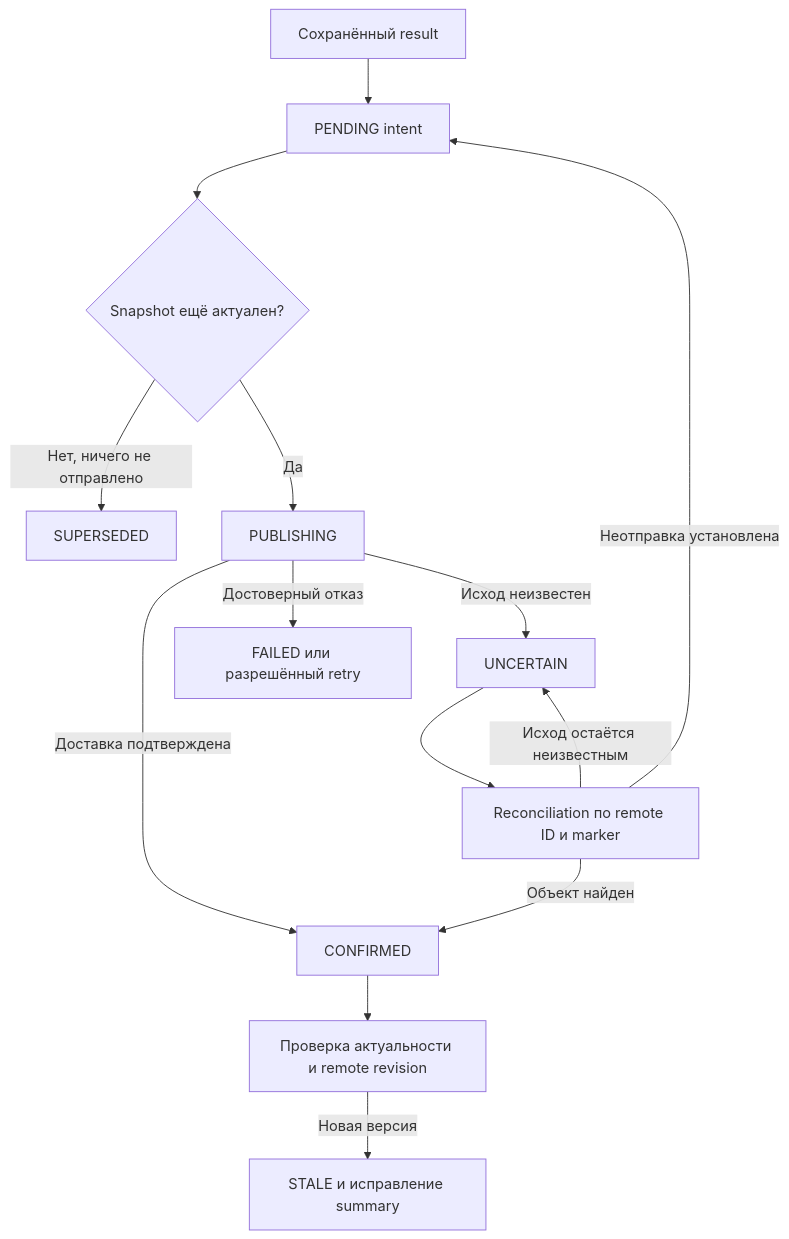
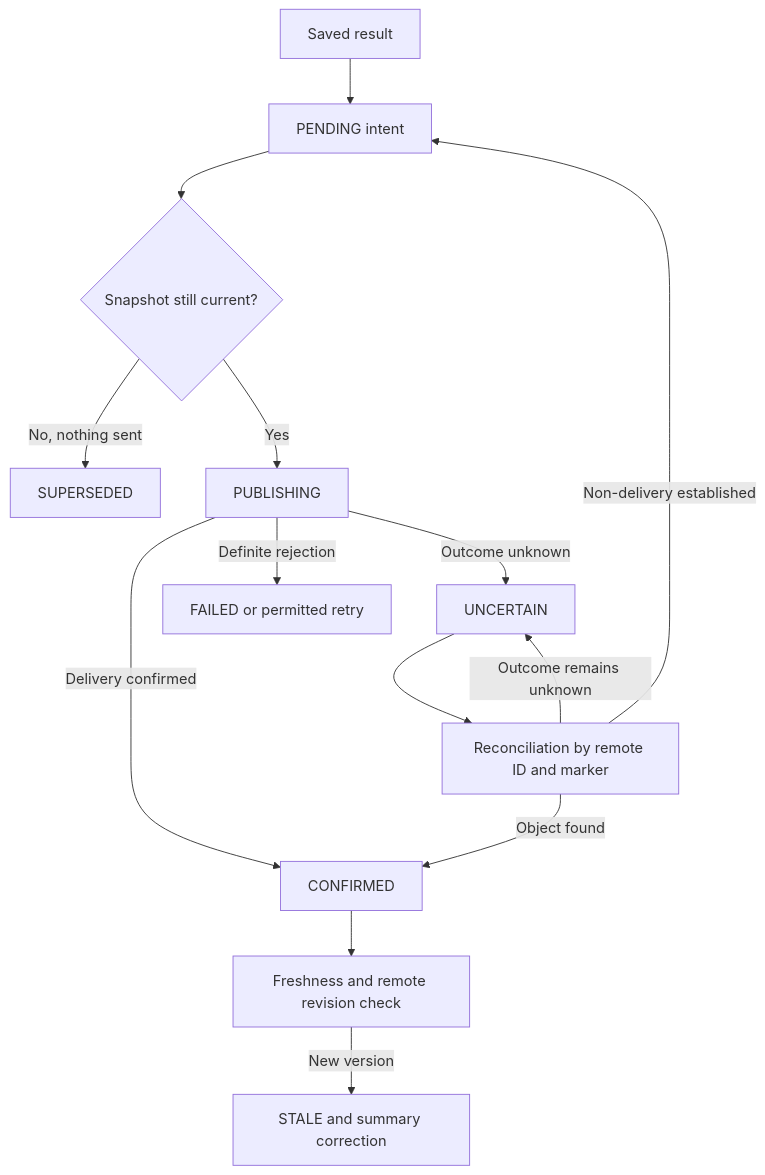
The third of 4 diagrams in docs/SYCH_SPEC.md (bondiano/sych), drawn with Mermaid before and after one commit. The commit also changed other lines of this file and 22 other files, not shown here.

````diff
--- a/docs/SYCH_SPEC.md
+++ b/docs/SYCH_SPEC.md
@@ -1367,16 +1367,16 @@
 ```mermaid
 flowchart TD
-    A["Сохранённый result"] --> P["PENDING intent"]
-    P --> G{"Snapshot ещё актуален?"}
-    G -->|"Нет, ничего не отправлено"| S["SUPERSEDED"]
-    G -->|"Да"| W["PUBLISHING"]
-    W -->|"Доставка подтверждена"| C["CONFIRMED"]
-    W -->|"Исход неизвестен"| U["UNCERTAIN"]
-    W -->|"Достоверный отказ"| F["FAILED или разрешённый retry"]
-    U --> R["Reconciliation по remote ID и marker"]
-    R -->|"Объект найден"| C
-    R -->|"Исход остаётся неизвестным"| U
-    R -->|"Неотправка установлена"| P
-    C --> V["Проверка актуальности и remote revision"]
-    V -->|"Новая версия"| X["STALE и исправление summary"]
+    A["Saved result"] --> P["PENDING intent"]
+    P --> G{"Snapshot still current?"}
+    G -->|"No, nothing sent"| S["SUPERSEDED"]
+    G -->|"Yes"| W["PUBLISHING"]
+    W -->|"Delivery confirmed"| C["CONFIRMED"]
+    W -->|"Outcome unknown"| U["UNCERTAIN"]
+    W -->|"Definite rejection"| F["FAILED or permitted retry"]
+    U --> R["Reconciliation by remote ID and marker"]
+    R -->|"Object found"| C
+    R -->|"Outcome remains unknown"| U
+    R -->|"Non-delivery established"| P
+    C --> V["Freshness and remote revision check"]
+    V -->|"New version"| X["STALE and summary correction"]
 ```
````
